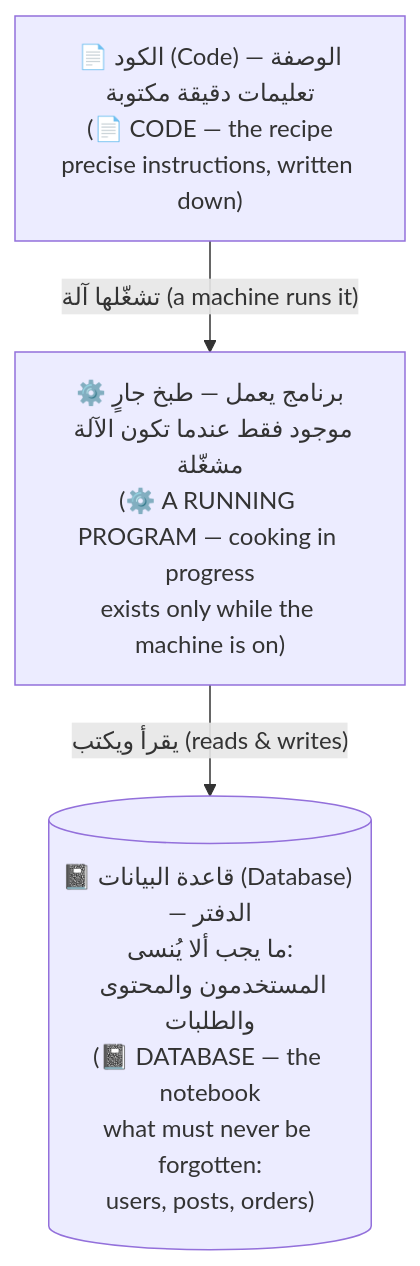
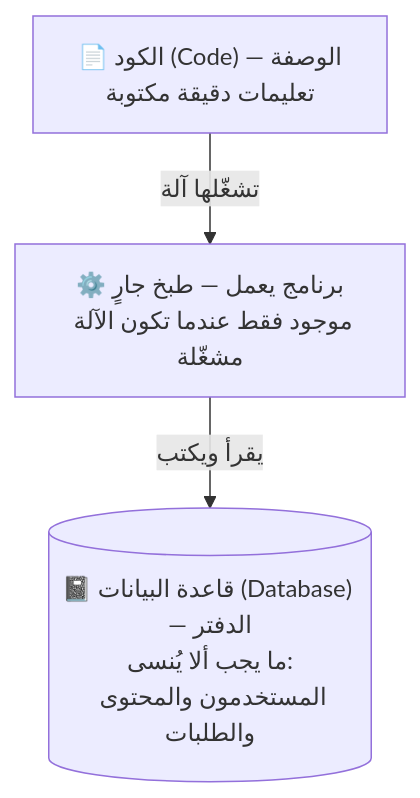
Before and after one commit to Tamoura/system-design-for-vibe-coders: the third of 7 diagrams in modules/00-foundations/foundations.ar.md, drawn with Mermaid. The commit also changed other lines of this file and 551 other files, not shown here.

````diff
--- a/modules/00-foundations/foundations.ar.md
+++ b/modules/00-foundations/foundations.ar.md
@@ -108,5 +119,5 @@
 ```mermaid
 flowchart TD
-    CODE["📄 الكود (Code) — الوصفة<br/>تعليمات دقيقة مكتوبة<br/>(📄 CODE — the recipe<br/>precise instructions, written down)"] -->|"تشغّلها آلة (a machine runs it)"| PROC["⚙️ برنامج يعمل — طبخ جارٍ<br/>موجود فقط عندما تكون الآلة مشغّلة<br/>(⚙️ A RUNNING PROGRAM — cooking in progress<br/>exists only while the machine is on)"]
-    PROC -->|"يقرأ ويكتب (reads & writes)"| DB[("📓 قاعدة البيانات (Database) — الدفتر<br/>ما يجب ألا يُنسى:<br/>المستخدمون والمحتوى والطلبات<br/>(📓 DATABASE — the notebook<br/>what must never be forgotten:<br/>users, posts, orders)")]
+    CODE["📄 الكود (Code) — الوصفة<br/>تعليمات دقيقة مكتوبة"] -->|"تشغّلها آلة"| PROC["⚙️ برنامج يعمل — طبخ جارٍ<br/>موجود فقط عندما تكون الآلة مشغّلة"]
+    PROC -->|"يقرأ ويكتب"| DB[("📓 قاعدة البيانات (Database) — الدفتر<br/>ما يجب ألا يُنسى:<br/>المستخدمون والمحتوى والطلبات")]
 ```
````
